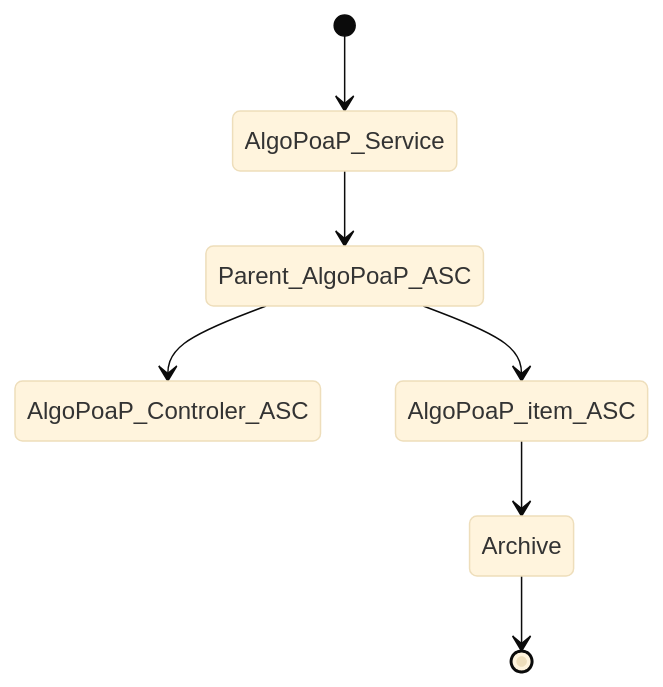
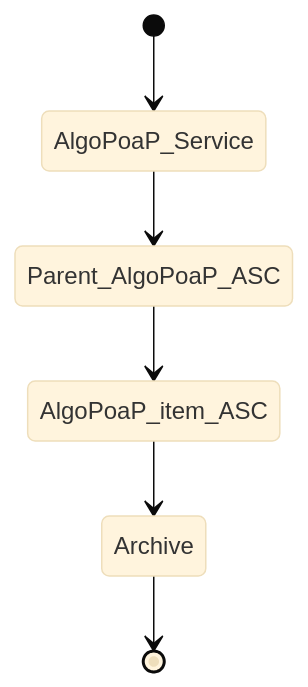
The fifth of 10 diagrams in profile/README.md (GoPlausible/.github), drawn with Mermaid (base theme) before and after one commit. The commit also changed other lines of this file, not shown here.

````diff
--- a/profile/README.md
+++ b/profile/README.md
@@ -180,9 +178,8 @@
 ```mermaid
   stateDiagram-v2
     [*] --> AlgoPoaP_Service
     AlgoPoaP_Service --> Parent_AlgoPoaP_ASC
-    Parent_AlgoPoaP_ASC --> AlgoPoaP_Controler_ASC
     Parent_AlgoPoaP_ASC --> AlgoPoaP_item_ASC
     AlgoPoaP_item_ASC --> Archive
     Archive --> [*]
 ```
````
